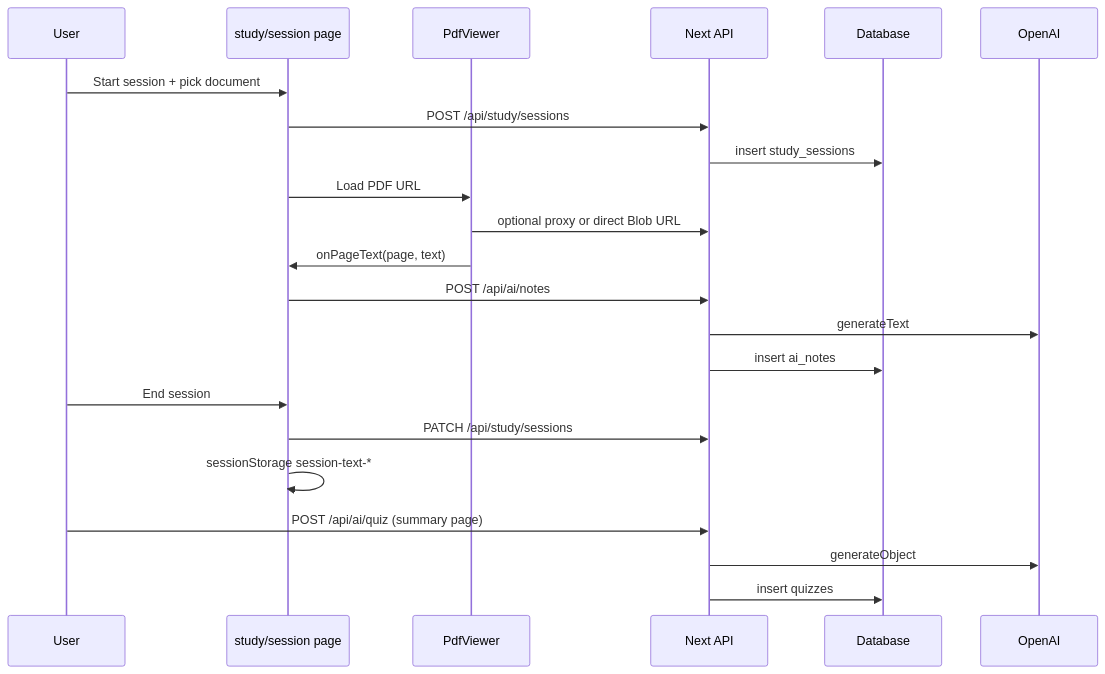
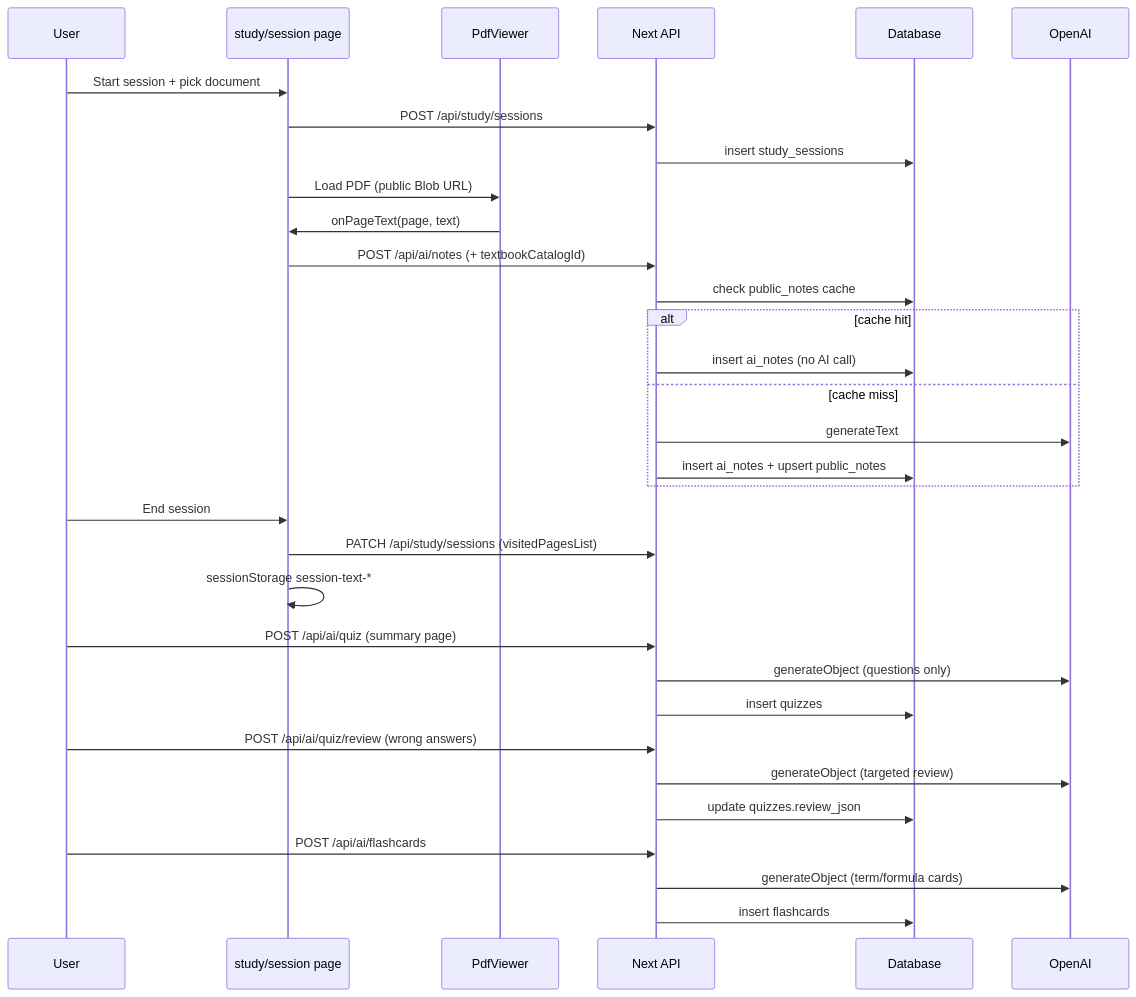
One commit to DragxnScale/idk changed the second of 2 diagrams in docs/ARCHITECTURE.md. Above: the diagram before and after it, drawn with Mermaid. The commit also changed other lines of this file and 1 other file, not shown here.

First line of the commit message:
docs: bring ARCHITECTURE.md fully up to date

````diff
--- a/docs/ARCHITECTURE.md
+++ b/docs/ARCHITECTURE.md
@@ -417,25 +460,35 @@
 ```mermaid
 sequenceDiagram
   participant U as User
   participant SP as study/session page
   participant PV as PdfViewer
   participant API as Next API
   participant DB as Database
   participant AI as OpenAI
 
   U->>SP: Start session + pick document
   SP->>API: POST /api/study/sessions
   API->>DB: insert study_sessions
-  SP->>PV: Load PDF URL
-  PV->>API: optional proxy or direct Blob URL
+  SP->>PV: Load PDF (public Blob URL)
   PV->>SP: onPageText(page, text)
-  SP->>API: POST /api/ai/notes
-  API->>AI: generateText
-  API->>DB: insert ai_notes
+  SP->>API: POST /api/ai/notes (+ textbookCatalogId)
+  API->>DB: check public_notes cache
+  alt cache hit
+    API->>DB: insert ai_notes (no AI call)
+  else cache miss
+    API->>AI: generateText
+    API->>DB: insert ai_notes + upsert public_notes
+  end
   U->>SP: End session
-  SP->>API: PATCH /api/study/sessions
+  SP->>API: PATCH /api/study/sessions (visitedPagesList)
   SP->>SP: sessionStorage session-text-*
   U->>API: POST /api/ai/quiz (summary page)
-  API->>AI: generateObject
+  API->>AI: generateObject (questions only)
   API->>DB: insert quizzes
+  U->>API: POST /api/ai/quiz/review (wrong answers)
+  API->>AI: generateObject (targeted review)
+  API->>DB: update quizzes.review_json
+  U->>API: POST /api/ai/flashcards
+  API->>AI: generateObject (term/formula cards)
+  API->>DB: insert flashcards
 ```
````
